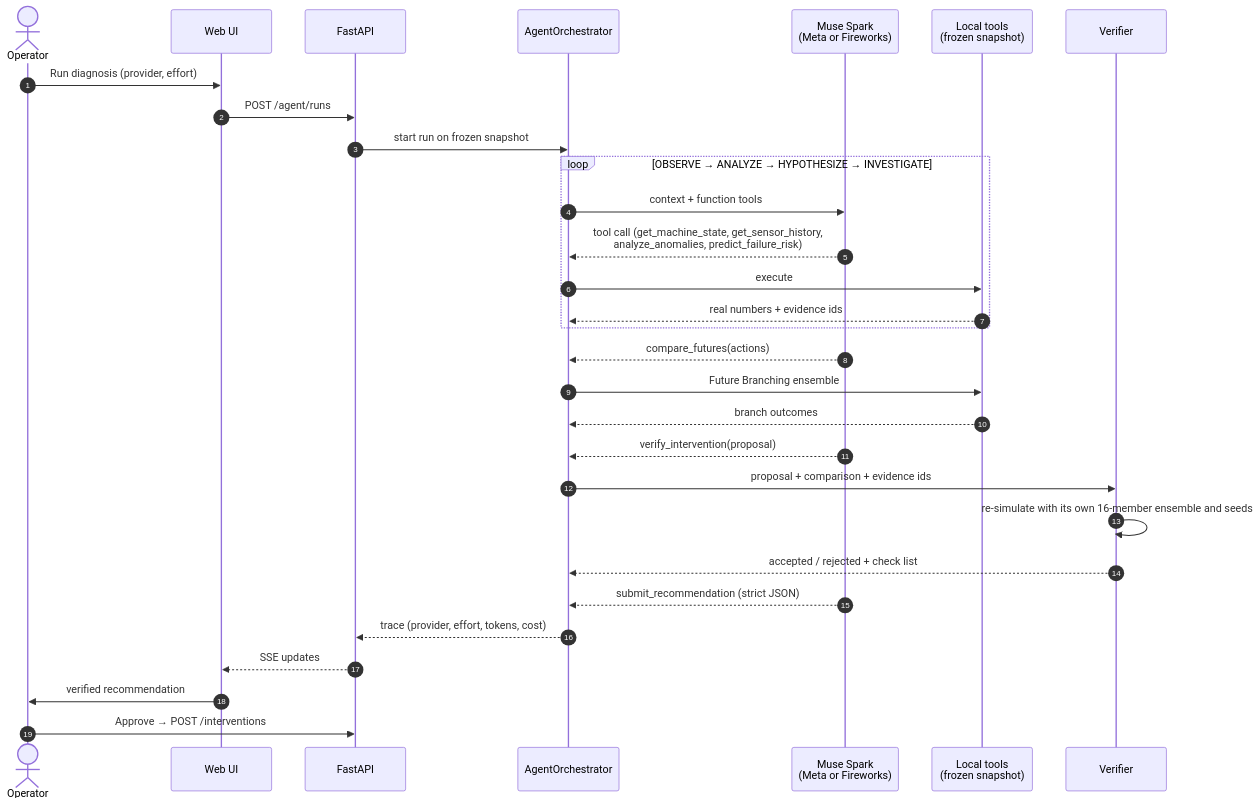
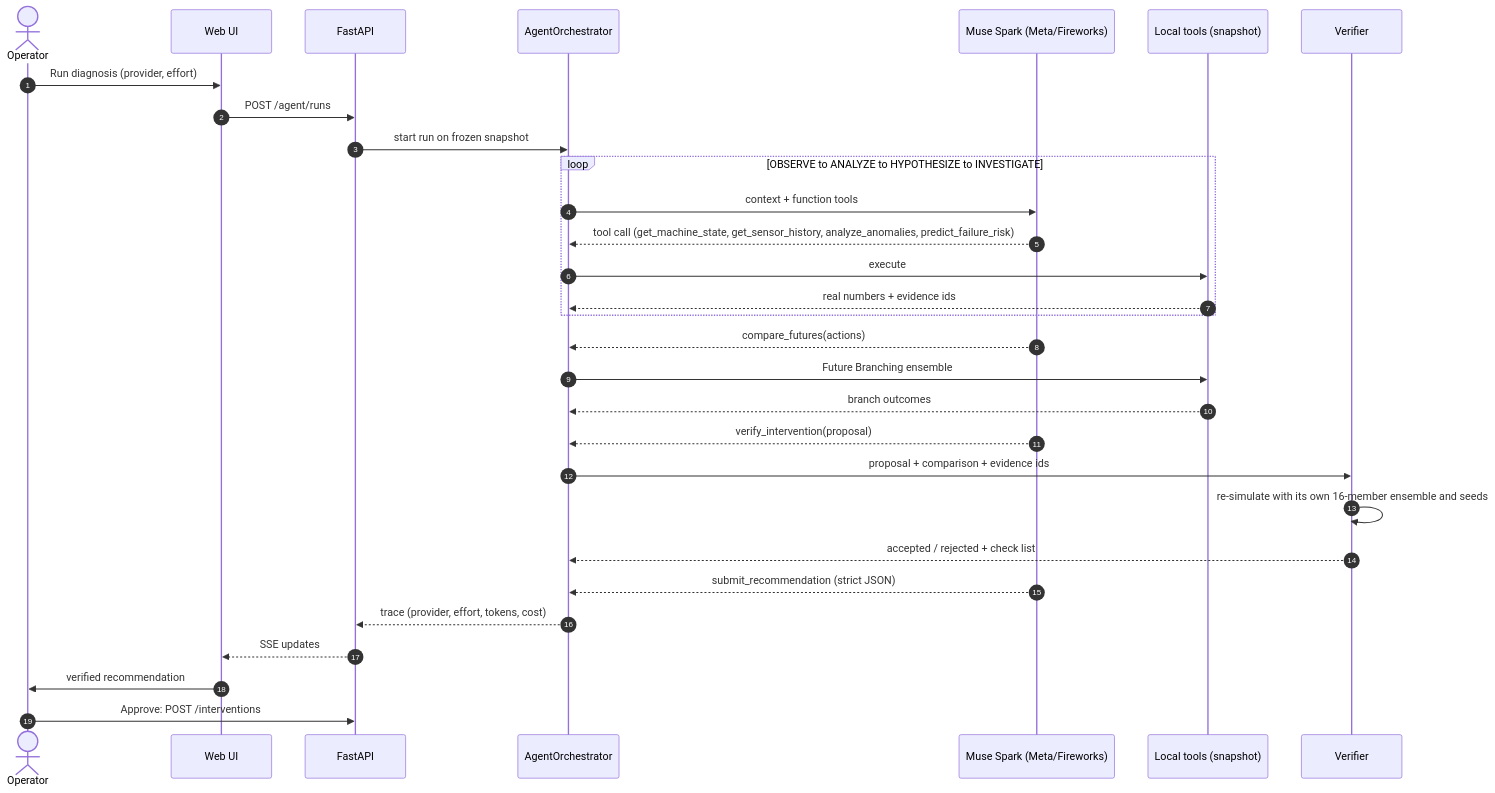
The third of 5 diagrams in docs/architecture.md (leninathikam/Foresight-AI), drawn with Mermaid before and after one commit. The commit also changed other lines of this file and 9 other files, not shown here.

Commit message:
docs: fix LaTeX math delimiters, Mermaid syntax, and relative links

````diff
--- a/docs/architecture.md
+++ b/docs/architecture.md
@@ -66,33 +66,33 @@
 ```mermaid
 sequenceDiagram
     autonumber
     actor Op as Operator
     participant UI as Web UI
     participant API as FastAPI
     participant AO as AgentOrchestrator
-    participant M as Muse Spark<br/>(Meta or Fireworks)
-    participant T as Local tools<br/>(frozen snapshot)
+    participant M as Muse Spark (Meta/Fireworks)
+    participant T as Local tools (snapshot)
     participant V as Verifier
 
     Op->>UI: Run diagnosis (provider, effort)
     UI->>API: POST /agent/runs
     API->>AO: start run on frozen snapshot
-    loop OBSERVE → ANALYZE → HYPOTHESIZE → INVESTIGATE
+    loop OBSERVE to ANALYZE to HYPOTHESIZE to INVESTIGATE
         AO->>M: context + function tools
-        M-->>AO: tool call (get_machine_state, get_sensor_history,<br/>analyze_anomalies, predict_failure_risk)
+        M-->>AO: tool call (get_machine_state, get_sensor_history, analyze_anomalies, predict_failure_risk)
         AO->>T: execute
         T-->>AO: real numbers + evidence ids
     end
     M-->>AO: compare_futures(actions)
     AO->>T: Future Branching ensemble
     T-->>AO: branch outcomes
     M-->>AO: verify_intervention(proposal)
     AO->>V: proposal + comparison + evidence ids
     V->>V: re-simulate with its own 16-member ensemble and seeds
     V-->>AO: accepted / rejected + check list
     M-->>AO: submit_recommendation (strict JSON)
     AO-->>API: trace (provider, effort, tokens, cost)
     API-->>UI: SSE updates
     UI->>Op: verified recommendation
-    Op->>API: Approve → POST /interventions
+    Op->>API: Approve: POST /interventions
 ```
````
